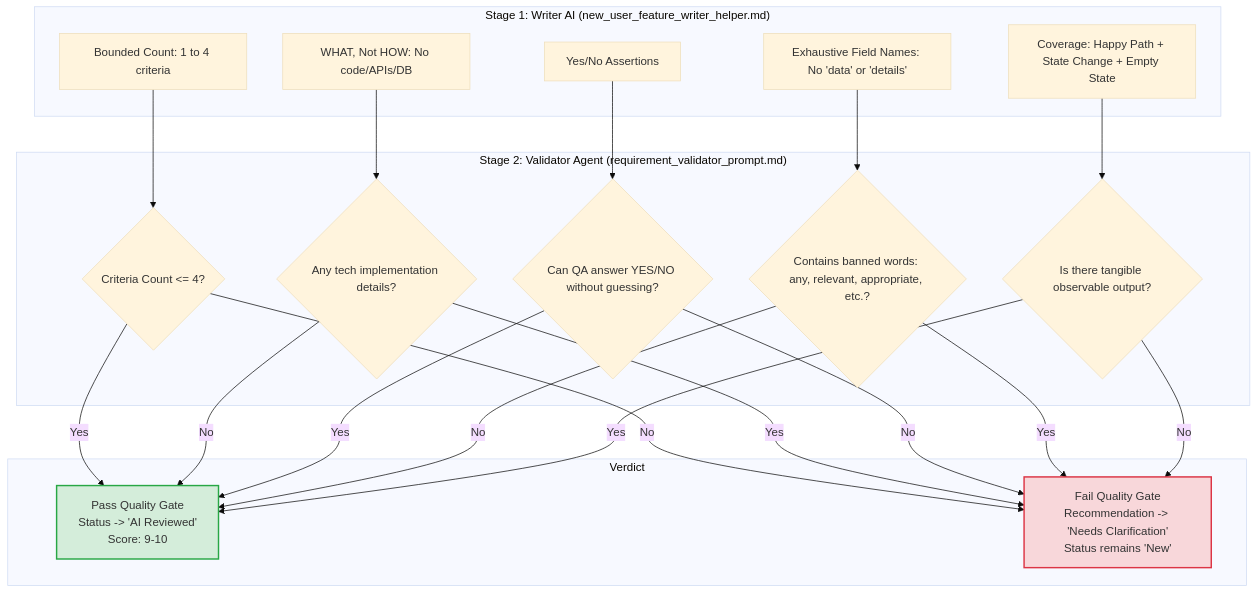
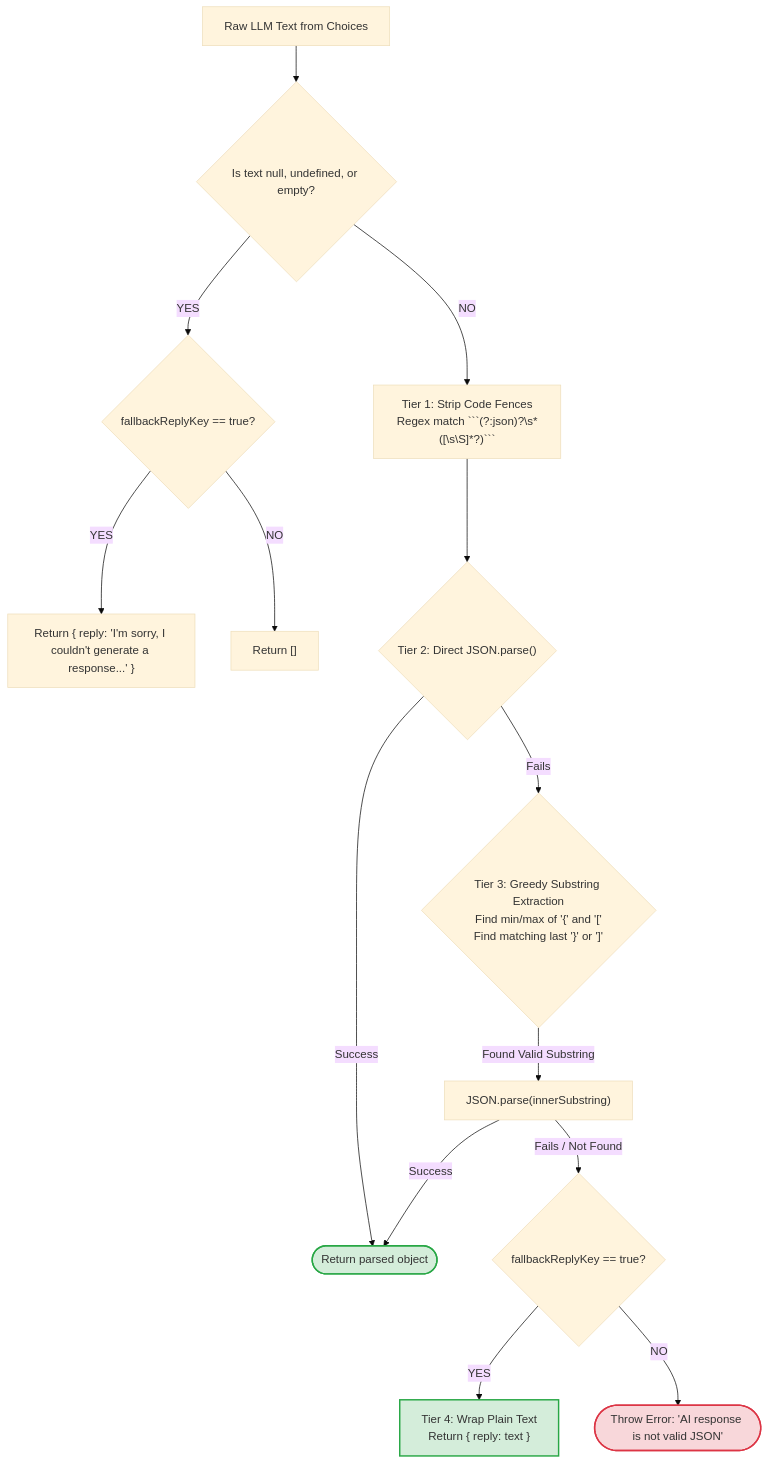
The third of 4 diagrams in ai_requirement_backend_architecture.md (mohakapoor/design), drawn with Mermaid (base theme) before and after one commit. The commit also changed other lines of this file, not shown here.

Commit message:
Revise backend architecture documentation for geminiService

````diff
--- a/ai_requirement_backend_architecture.md
+++ b/ai_requirement_backend_architecture.md
@@ -150,46 +118,24 @@
 ```mermaid
-graph TD
-    subgraph WriterAI ["Stage 1: Writer AI (new_user_feature_writer_helper.md)"]
-        W1[Bounded Count: 1 to 4 criteria]
-        W2[WHAT, Not HOW: No code/APIs/DB]
-        W3[Yes/No Assertions]
-        W4[Exhaustive Field Names: No 'data' or 'details']
-        W5[Coverage: Happy Path + State Change + Empty State]
-    end
+flowchart TD
+    Input[Raw LLM Text from Choices] --> EmptyCheck{Is text null, undefined, or empty?}
+    EmptyCheck -- YES --> FallbackReplyCheck{fallbackReplyKey == true?}
+    FallbackReplyCheck -- YES --> EmptyReply["Return { reply: 'I'm sorry, I couldn't generate a response...' }"]
+    FallbackReplyCheck -- NO --> EmptyArray["Return []"]
 
-    subgraph ValidatorAgent ["Stage 2: Validator Agent (requirement_validator_prompt.md)"]
-        V1{Criteria Count <= 4?}
-        V2{Any tech implementation details?}
-        V3{Can QA answer YES/NO without guessing?}
-        V4{Contains banned words: any, relevant, appropriate, etc.?}
-        V5{Is there tangible observable output?}
-    end
+    EmptyCheck -- NO --> Tier1["Tier 1: Strip Code Fences<br/>Regex match ```(?:json)?\s*([\s\S]*?)```"]
+    Tier1 --> Tier2{"Tier 2: Direct JSON.parse()"}
+    Tier2 -- Success --> ReturnParsed([Return parsed object])
+    
+    Tier2 -- Fails --> Tier3{"Tier 3: Greedy Substring Extraction<br/>Find min/max of '{' and '['<br/>Find matching last '}' or ']'"}
+    Tier3 -- Found Valid Substring --> ParseSub["JSON.parse(innerSubstring)"]
+    ParseSub -- Success --> ReturnParsed
+    
+    ParseSub -- Fails / Not Found --> Tier4{fallbackReplyKey == true?}
+    Tier4 -- YES --> WrapPlain["Tier 4: Wrap Plain Text<br/>Return { reply: text }"]
+    Tier4 -- NO --> ThrowError([Throw Error: 'AI response is not valid JSON'])
 
-    subgraph Verdict ["Verdict"]
-        Pass[Pass Quality Gate\nStatus -> 'AI Reviewed'\nScore: 9-10]
-        Fail[Fail Quality Gate\nRecommendation -> 'Needs Clarification'\nStatus remains 'New']
-    end
-
-    W1 --> V1
-    W2 --> V2
-    W3 --> V3
-    W4 --> V4
-    W5 --> V5
-
-    V1 -- No --> Fail
-    V2 -- Yes --> Fail
-    V3 -- No --> Fail
-    V4 -- Yes --> Fail
-    V5 -- No --> Fail
-
-    V1 -- Yes --> Pass
-    V2 -- No --> Pass
-    V3 -- Yes --> Pass
-    V4 -- No --> Pass
-    V5 -- Yes --> Pass
-
-    classDef pass fill:#d4edda,stroke:#28a745,stroke-width:2px;
+    classDef success fill:#d4edda,stroke:#28a745,stroke-width:2px;
     classDef fail fill:#f8d7da,stroke:#dc3545,stroke-width:2px;
-    class Pass pass;
-    class Fail fail;
+    class ReturnParsed,WrapPlain success;
+    class ThrowError fail;
 ```
````
